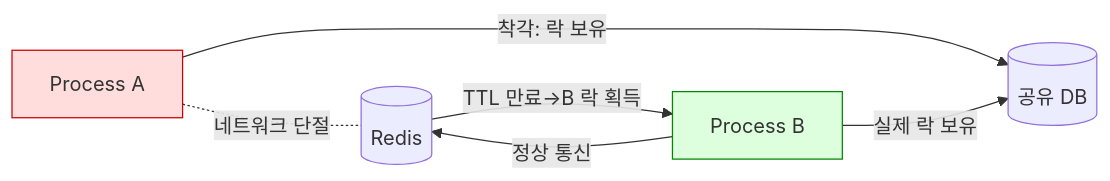
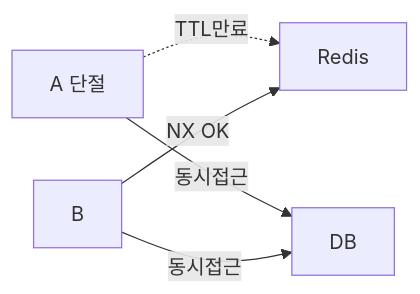
Before and after one commit to yjkim2015/yjkim2015.github.io: diagram 12 of 15 in _posts/redis/2026-05-01-redis-distributed-lock.md, drawn with Mermaid. The commit also changed other lines of this file, not shown here.

First line of the commit message:
Redis 분산락: Mermaid 15개 블록 전부 축소 (3~4노드)

````diff
--- a/_posts/redis/2026-05-01-redis-distributed-lock.md
+++ b/_posts/redis/2026-05-01-redis-distributed-lock.md
@@ -983,10 +953,6 @@
 ```mermaid
-flowchart LR
-    A[Process A] -. 네트워크 단절 .- R[(Redis)]
-    B[Process B] -->|정상 통신| R
-    R -->|TTL 만료→B 락 획득| B
-    A -->|착각: 락 보유| DB[(공유 DB)]
-    B -->|실제 락 보유| DB
-    style A fill:#fdd,stroke:#c00
-    style B fill:#dfd,stroke:#080
+graph LR
+    A["A 단절"] -.->|TTL만료| R["Redis"]
+    B -->|NX OK| R
+    A & B -->|동시접근| DB
 ```
````
